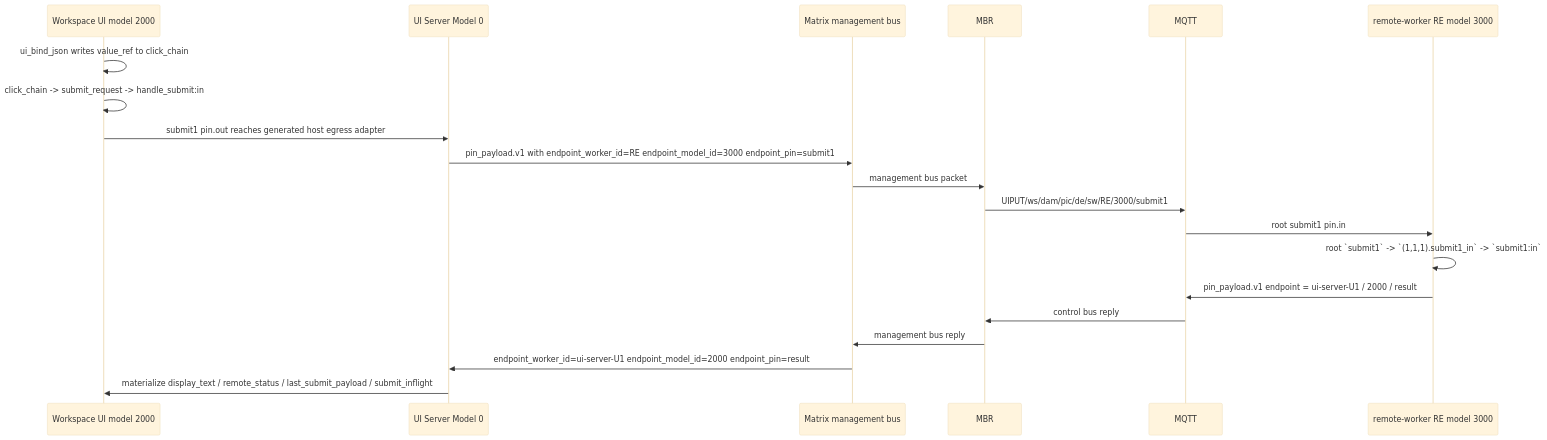
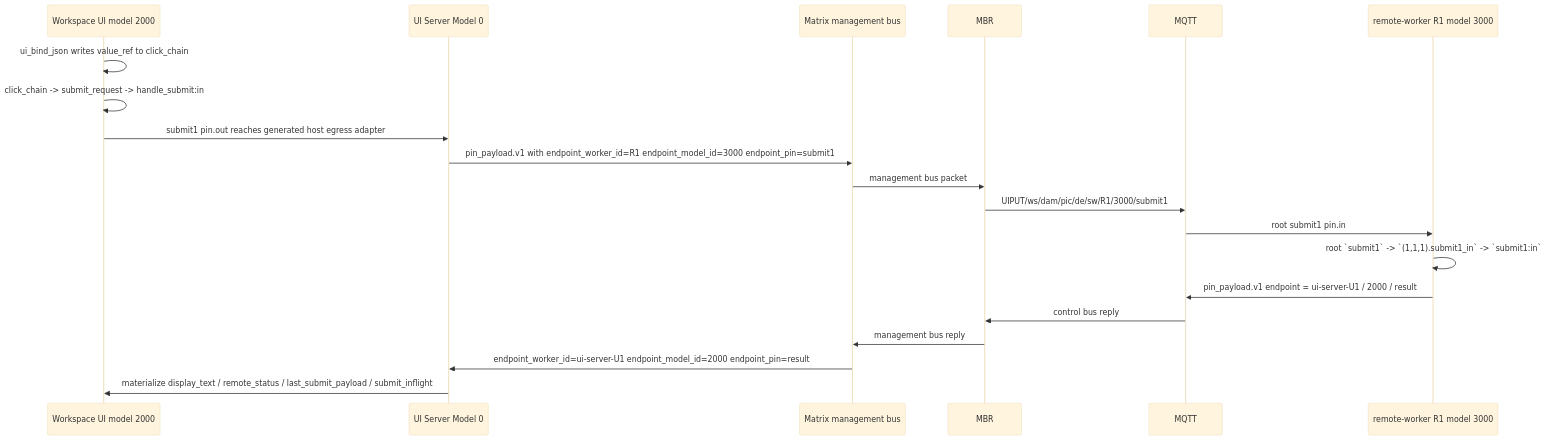
One commit to drooop/dongyu_js_core changed the first of 3 diagrams in docs/user-guide/slide-app-runtime/minimal_submit_app_provider_visualized.md. Above: the diagram before and after it, drawn with Mermaid (base theme). The commit also changed other lines of this file and 51 other files, not shown here.

````diff
--- a/docs/user-guide/slide-app-runtime/minimal_submit_app_provider_visualized.md
+++ b/docs/user-guide/slide-app-runtime/minimal_submit_app_provider_visualized.md
@@ -15,22 +15,22 @@
 ```mermaid
 sequenceDiagram
   participant UI as Workspace UI model 2000
   participant M0 as UI Server Model 0
   participant MX as Matrix management bus
   participant MBR as MBR
   participant MQTT as MQTT
-  participant RE as remote-worker RE model 3000
+  participant R1 as remote-worker R1 model 3000
   UI->>UI: ui_bind_json writes value_ref to click_chain
   UI->>UI: click_chain -> submit_request -> handle_submit:in
   UI->>M0: submit1 pin.out reaches generated host egress adapter
-  M0->>MX: pin_payload.v1 with endpoint_worker_id=RE endpoint_model_id=3000 endpoint_pin=submit1
+  M0->>MX: pin_payload.v1 with endpoint_worker_id=R1 endpoint_model_id=3000 endpoint_pin=submit1
   MX->>MBR: management bus packet
-  MBR->>MQTT: UIPUT/ws/dam/pic/de/sw/RE/3000/submit1
-  MQTT->>RE: root submit1 pin.in
-  RE->>RE: root `submit1` -> `(1,1,1).submit1_in` -> `submit1:in`
-  RE->>MQTT: pin_payload.v1 endpoint = ui-server-U1 / 2000 / result
+  MBR->>MQTT: UIPUT/ws/dam/pic/de/sw/R1/3000/submit1
+  MQTT->>R1: root submit1 pin.in
+  R1->>R1: root `submit1` -> `(1,1,1).submit1_in` -> `submit1:in`
+  R1->>MQTT: pin_payload.v1 endpoint = ui-server-U1 / 2000 / result
   MQTT->>MBR: control bus reply
   MBR->>MX: management bus reply
   MX->>M0: endpoint_worker_id=ui-server-U1 endpoint_model_id=2000 endpoint_pin=result
   M0->>UI: materialize display_text / remote_status / last_submit_payload / submit_inflight
 ```
````
